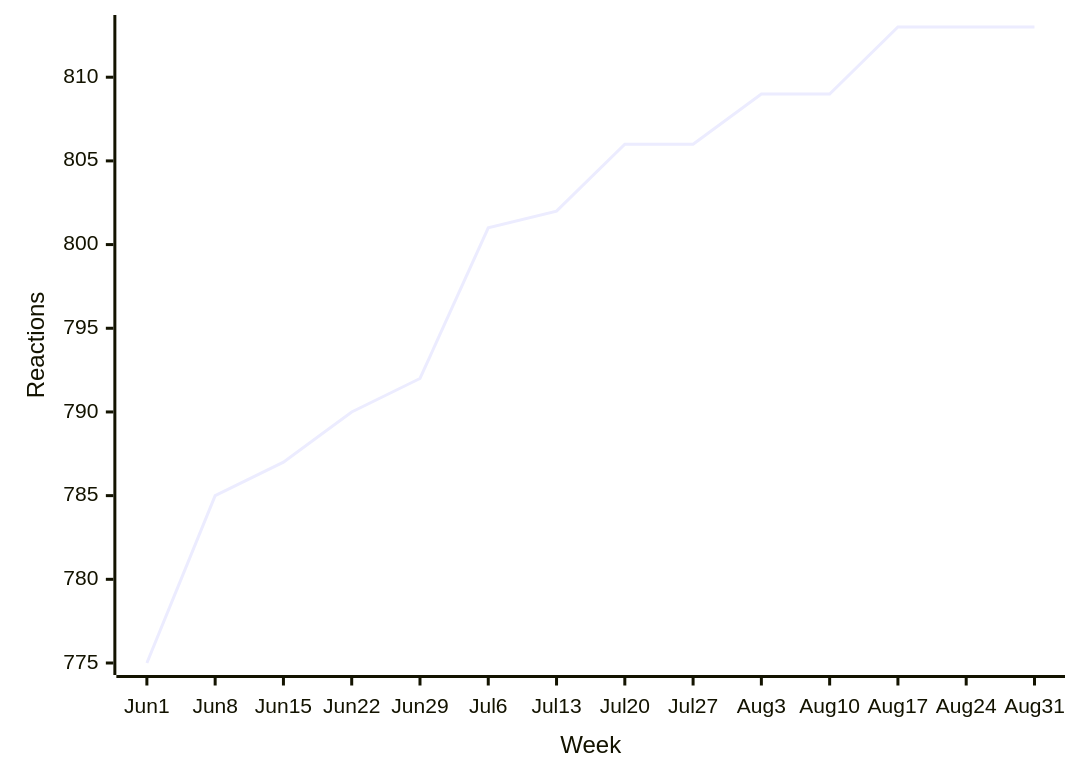
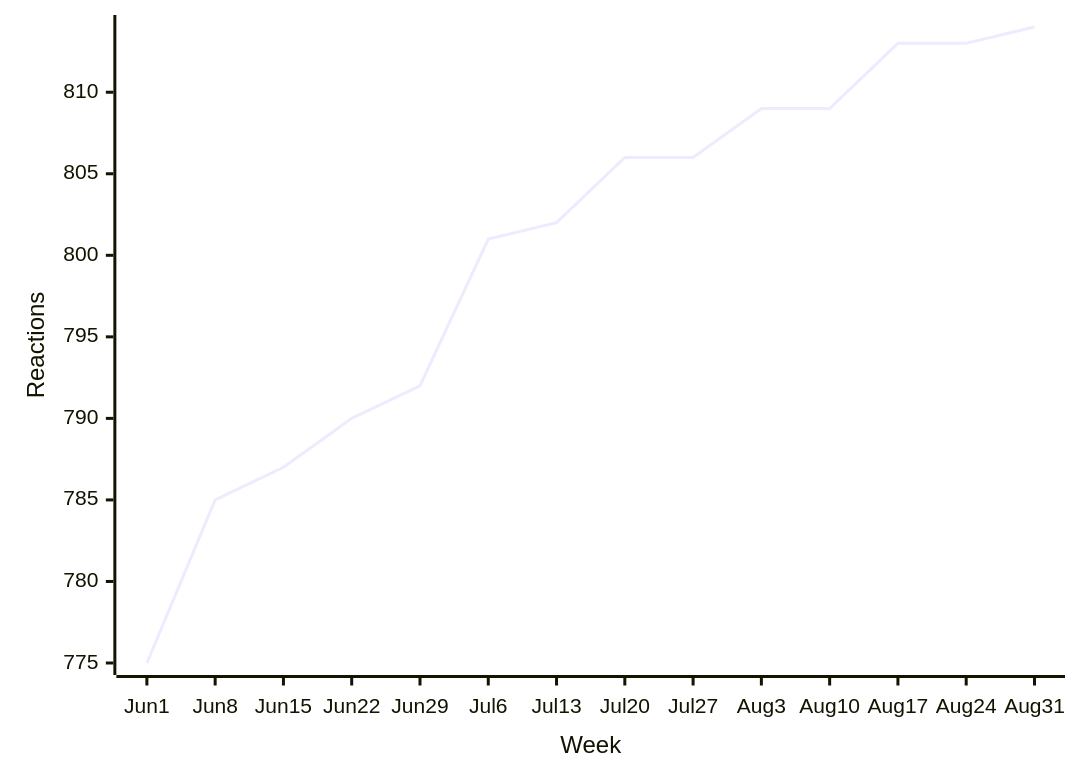
The first of 43 diagrams in README.md (loic-sharma/github-insights), drawn with Mermaid before and after one commit. The commit also changed other lines of this file and 1 other file, not shown here.

````diff
--- a/README.md
+++ b/README.md
@@ -324,6 +324,6 @@
   ```mermaid
   xychart-beta
     x-axis "Week" [Jun 1, Jun 8, Jun 15, Jun 22, Jun 29, Jul 6, Jul 13, Jul 20, Jul 27, Aug 3, Aug 10, Aug 17, Aug 24, Aug 31]
     y-axis "Reactions"
-    line [775, 785, 787, 790, 792, 801, 802, 806, 806, 809, 809, 813, 813, 813]
+    line [775, 785, 787, 790, 792, 801, 802, 806, 806, 809, 809, 813, 813, 814]
   ```
````
